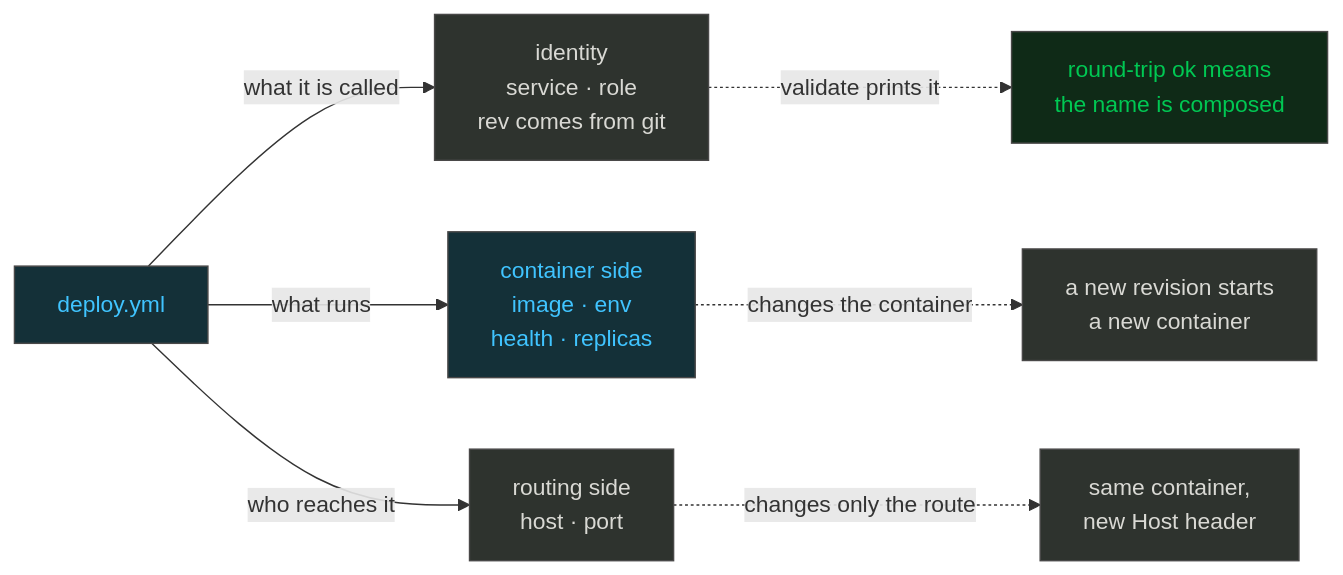
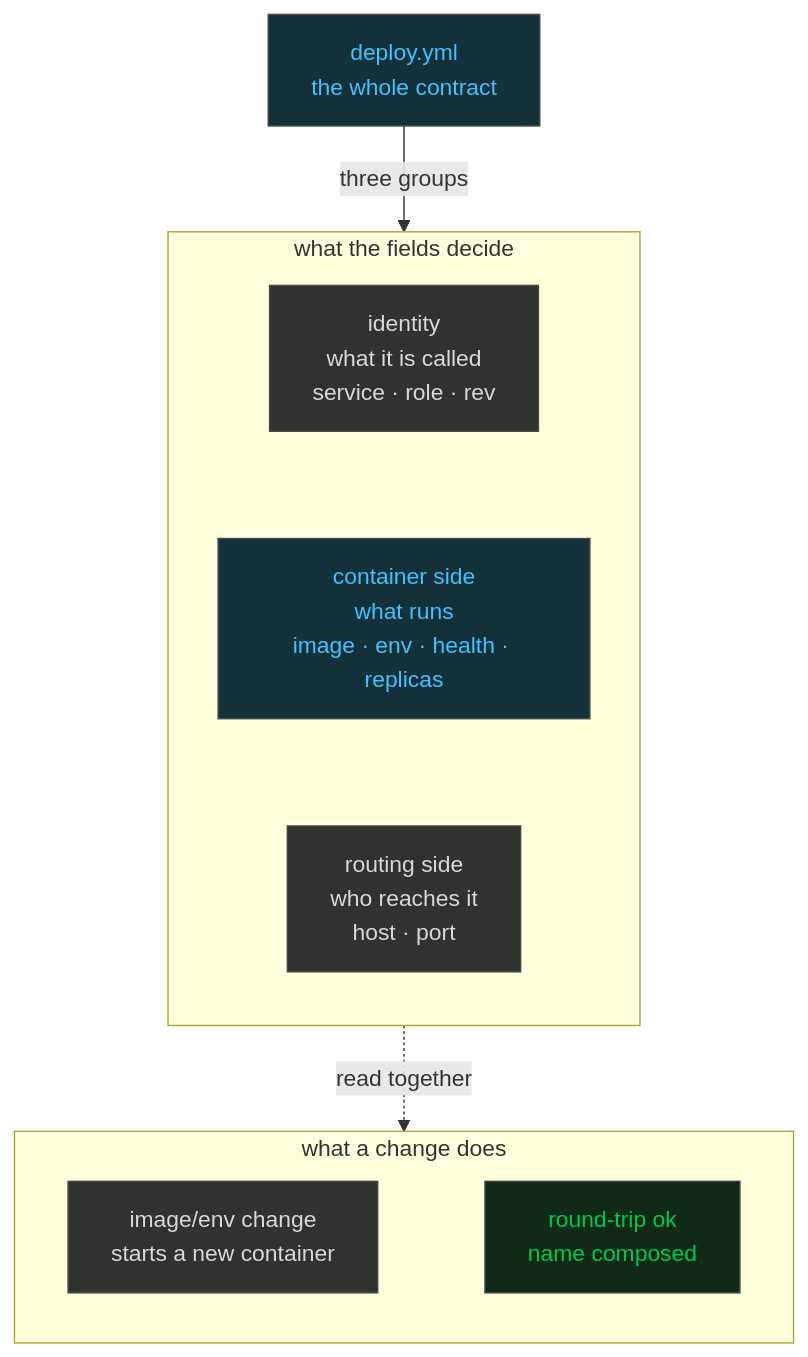
Before and after one commit to gjuoun/bundant: the diagram in docs/tutorial/02-first-service.md, drawn with Mermaid. The commit also changed 4 other files, not shown here.

Commit message:
docs(tutorial): keep diagrams readable at phone width

````diff
--- a/docs/tutorial/02-first-service.md
+++ b/docs/tutorial/02-first-service.md
@@ -45,16 +45,25 @@
 ```mermaid
-flowchart LR
-  root["deploy.yml"]
-  root -- "what it is called" --> id["identity<br/>service · role<br/>rev comes from git"]
-  root -- "what runs" --> ctr["container side<br/>image · env<br/>health · replicas"]
-  root -- "who reaches it" --> rt["routing side<br/>host · port"]
-  ctr -. "changes the container" .-> cnote["a new revision starts<br/>a new container"]
-  rt -. "changes only the route" .-> rnote["same container,<br/>new Host header"]
-  id -. "validate prints it" .-> inote["round-trip ok means<br/>the name is composed"]
+flowchart TD
+  root["deploy.yml<br/>the whole contract"]
+  subgraph fields["what the fields decide"]
+    direction TB
+    id["identity<br/>what it is called<br/>service · role · rev"]
+    ctr["container side<br/>what runs<br/>image · env · health · replicas"]
+    rt["routing side<br/>who reaches it<br/>host · port"]
+    id ~~~ ctr ~~~ rt
+  end
+  root -- "three groups" --> fields
+  subgraph notes["what a change does"]
+    direction LR
+    cnote["image/env change<br/>starts a new container"]
+    inote["round-trip ok<br/>name composed"]
+    cnote ~~~ inote
+  end
+  fields -. "read together" .-> notes
   classDef local fill:#143038,color:#40c4ff,stroke:#494848;
   classDef ok fill:#0f2a17,color:#00c853,stroke:#494848;
   classDef neutral fill:#2e332e,color:#d9d9d4,stroke:#494848;
   class root,ctr local;
   class inote ok;
-  class id,rt,cnote,rnote neutral;
+  class id,rt,cnote neutral;
 ```
````
